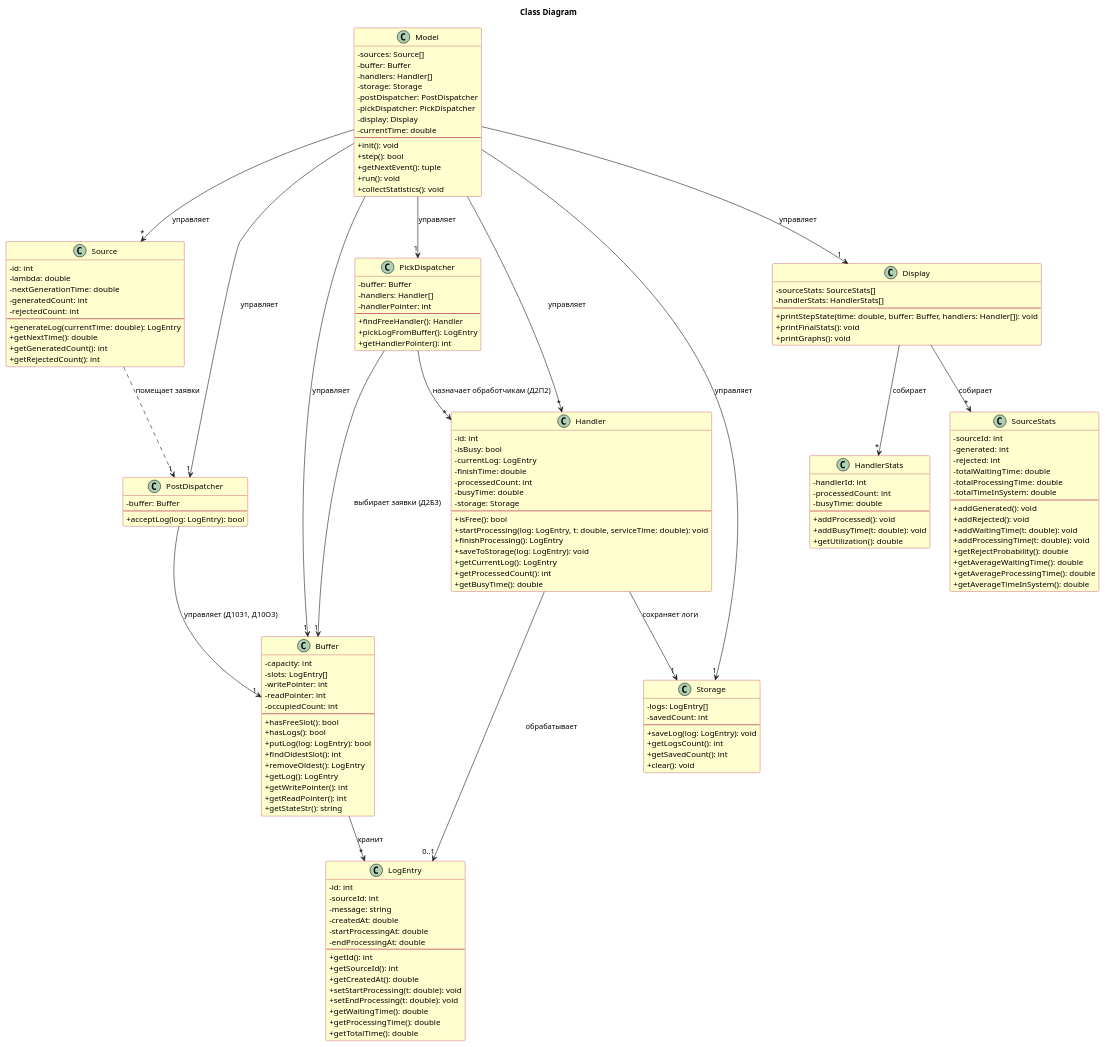
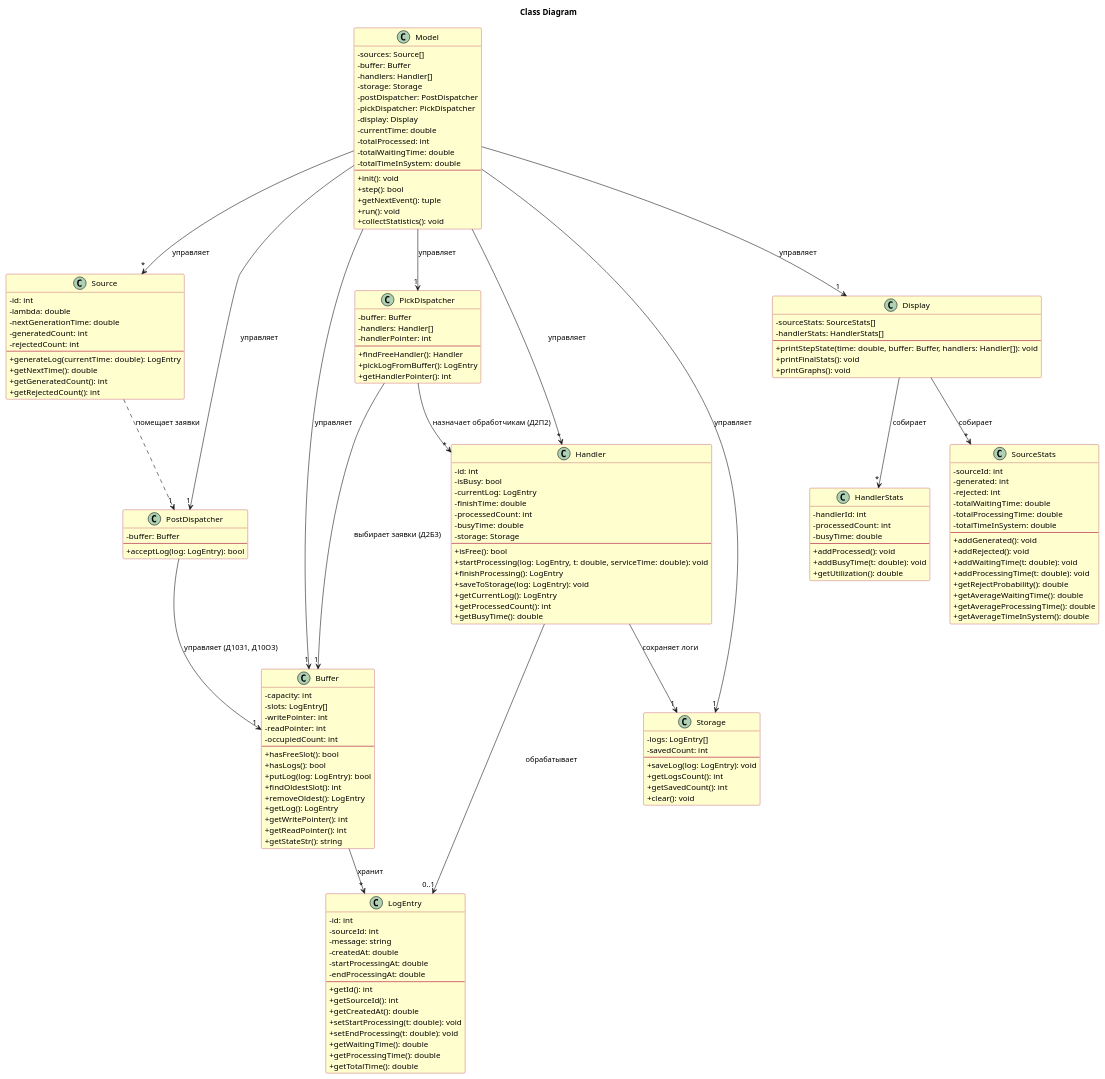
Before and after one commit to monka6/smo29: the diagram in src/diagrams/class_diagram.puml, drawn with PlantUML. The commit also changed 9 other files, not shown here.

Commit message:
Add auto mode and graphs

```diff
--- a/src/diagrams/class_diagram.puml
+++ b/src/diagrams/class_diagram.puml
@@ -1,184 +1,187 @@
 @startuml
 title Class Diagram
 
 skinparam classAttributeIconSize 0
 skinparam classBackgroundColor #FEFECE
 skinparam classBorderColor #A80036
 
 ' ========== LOG ENTRY ==========
 class LogEntry {
   - id: int
   - sourceId: int
   - message: string
   - createdAt: double
   - startProcessingAt: double
   - endProcessingAt: double
   --
   + getId(): int
   + getSourceId(): int
   + getCreatedAt(): double
   + setStartProcessing(t: double): void
   + setEndProcessing(t: double): void
   + getWaitingTime(): double
   + getProcessingTime(): double
   + getTotalTime(): double
 }
 
 ' ========== SOURCE ==========
 class Source {
   - id: int
   - lambda: double
   - nextGenerationTime: double
   - generatedCount: int
   - rejectedCount: int
   --
   + generateLog(currentTime: double): LogEntry
   + getNextTime(): double
   + getGeneratedCount(): int
   + getRejectedCount(): int
 }
 
 ' ========== BUFFER ==========
 class Buffer {
   - capacity: int
   - slots: LogEntry[]
   - writePointer: int
   - readPointer: int
   - occupiedCount: int
   --
   + hasFreeSlot(): bool
   + hasLogs(): bool
   + putLog(log: LogEntry): bool
   + findOldestSlot(): int
   + removeOldest(): LogEntry
   + getLog(): LogEntry
   + getWritePointer(): int
   + getReadPointer(): int
   + getStateStr(): string
 }
 
 ' ========== POST DISPATCHER ==========
 class PostDispatcher {
   - buffer: Buffer
   --
   + acceptLog(log: LogEntry): bool
 }
 
 ' ========== PICK DISPATCHER ==========
 class PickDispatcher {
   - buffer: Buffer
   - handlers: Handler[]
   - handlerPointer: int
   --
   + findFreeHandler(): Handler
   + pickLogFromBuffer(): LogEntry
   + getHandlerPointer(): int
 }
 
 ' ========== HANDLER ==========
 class Handler {
   - id: int
   - isBusy: bool
   - currentLog: LogEntry
   - finishTime: double
   - processedCount: int
   - busyTime: double
   - storage: Storage
   --
   + isFree(): bool
   + startProcessing(log: LogEntry, t: double, serviceTime: double): void
   + finishProcessing(): LogEntry
   + saveToStorage(log: LogEntry): void
   + getCurrentLog(): LogEntry
   + getProcessedCount(): int
   + getBusyTime(): double
 }
 
 ' ========== STORAGE ==========
 class Storage {
   - logs: LogEntry[]
   - savedCount: int
   --
   + saveLog(log: LogEntry): void
   + getLogsCount(): int
   + getSavedCount(): int
   + clear(): void
 }
 
 ' ========== SOURCE STATS ==========
 class SourceStats {
   - sourceId: int
   - generated: int
   - rejected: int
   - totalWaitingTime: double
   - totalProcessingTime: double
   - totalTimeInSystem: double
   --
   + addGenerated(): void
   + addRejected(): void
   + addWaitingTime(t: double): void
   + addProcessingTime(t: double): void
   + getRejectProbability(): double
   + getAverageWaitingTime(): double
   + getAverageProcessingTime(): double
   + getAverageTimeInSystem(): double
 }
 
 ' ========== HANDLER STATS ==========
 class HandlerStats {
   - handlerId: int
   - processedCount: int
   - busyTime: double
   --
   + addProcessed(): void
   + addBusyTime(t: double): void
   + getUtilization(): double
 }
 
 ' ========== DISPLAY ==========
 class Display {
   - sourceStats: SourceStats[]
   - handlerStats: HandlerStats[]
   --
   + printStepState(time: double, buffer: Buffer, handlers: Handler[]): void
   + printFinalStats(): void
   + printGraphs(): void
 }
 
 ' ========== MODEL ==========
 class Model {
   - sources: Source[]
   - buffer: Buffer
   - handlers: Handler[]
   - storage: Storage
   - postDispatcher: PostDispatcher
   - pickDispatcher: PickDispatcher
   - display: Display
   - currentTime: double
+  - totalProcessed: int
+  - totalWaitingTime: double
+  - totalTimeInSystem: double
   --
   + init(): void
   + step(): bool
   + getNextEvent(): tuple
   + run(): void
   + collectStatistics(): void
 }
 
 ' ========== RELATIONS ==========
 Source ..> "1" PostDispatcher : помещает заявки
 PostDispatcher --> "1" Buffer : управляет (Д1031, Д10О3)
 PickDispatcher --> "1" Buffer : выбирает заявки (Д2Б3)
 PickDispatcher --> "*" Handler : назначает обработчикам (Д2П2)
 Buffer --> "*" LogEntry : хранит
 Handler --> "0..1" LogEntry : обрабатывает
 Handler --> "1" Storage : сохраняет логи
 Model --> "*" Source : управляет
 Model --> "1" Buffer : управляет
 Model --> "*" Handler : управляет
 Model --> "1" Storage : управляет
 Model --> "1" PostDispatcher : управляет
 Model --> "1" PickDispatcher : управляет
 Model --> "1" Display : управляет
 Display --> "*" SourceStats : собирает
 Display --> "*" HandlerStats : собирает
 
 @enduml
```
